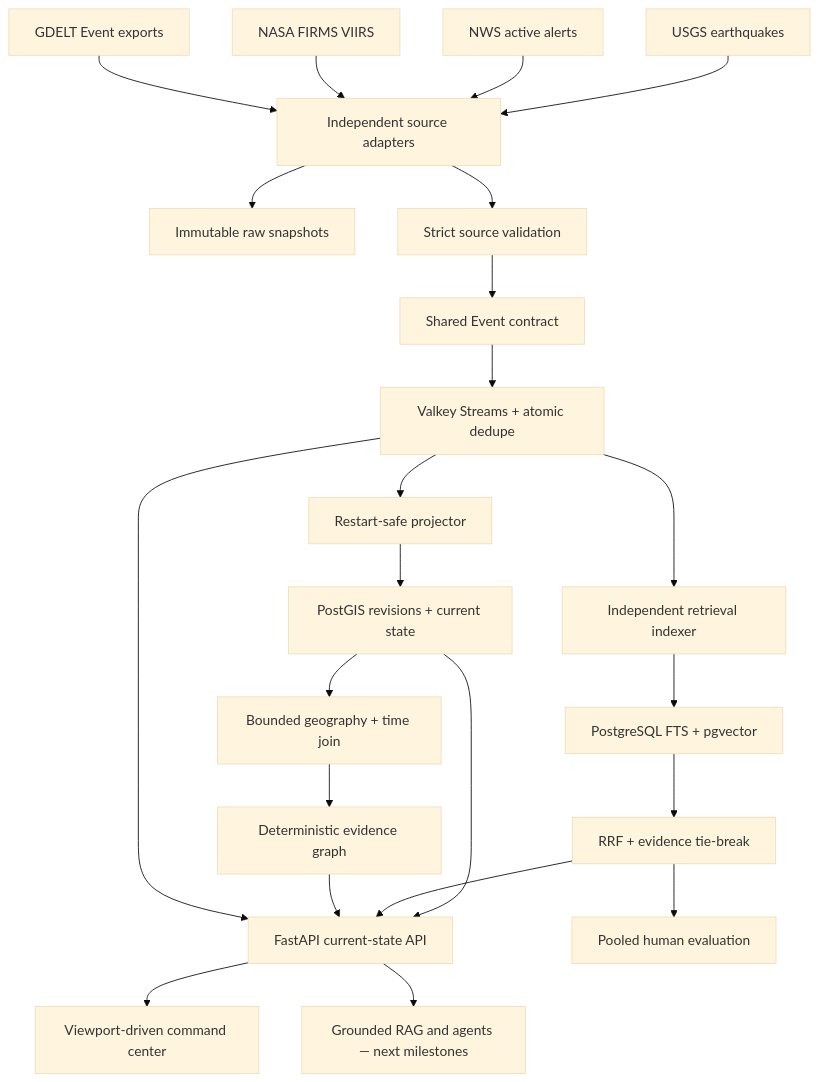
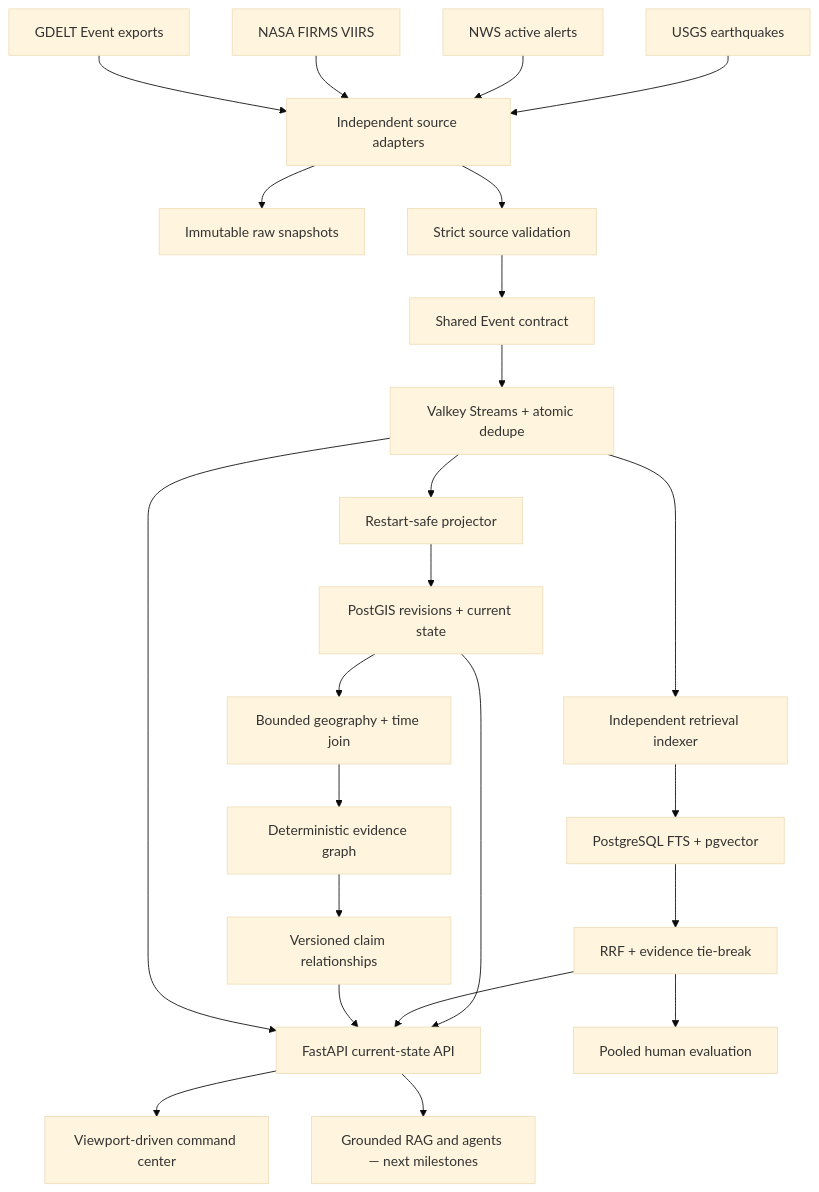
One commit to Thivas12/atlas-pulse changed the diagram in README.md. Above: the diagram before and after it, drawn with Mermaid (base theme). The commit also changed other lines of this file and 18 other files, not shown here.

````diff
--- a/README.md
+++ b/README.md
@@ -48,25 +52,26 @@
 ```mermaid
 flowchart TD
     USGS["USGS earthquakes"] --> Adapters["Independent source adapters"]
     NWS["NWS active alerts"] --> Adapters
     FIRMS["NASA FIRMS VIIRS"] --> Adapters
     GDELT["GDELT Event exports"] --> Adapters
     Adapters --> Raw["Immutable raw snapshots"]
     Adapters --> Validate["Strict source validation"]
     Validate --> Contract["Shared Event contract"]
     Contract --> Stream["Valkey Streams + atomic dedupe"]
     Stream --> Projector["Restart-safe projector"]
     Projector --> PostGIS["PostGIS revisions + current state"]
     Stream --> Indexer["Independent retrieval indexer"]
     Indexer --> Hybrid["PostgreSQL FTS + pgvector"]
     PostGIS --> Correlate["Bounded geography + time join"]
     Correlate --> Graph["Deterministic evidence graph"]
+    Graph --> Claims["Versioned claim relationships"]
     PostGIS --> API["FastAPI current-state API"]
     Hybrid --> Search["RRF + evidence tie-break"]
     Search --> Evaluate["Pooled human evaluation"]
     Search --> API
-    Graph --> API
+    Claims --> API
     Stream --> API
     API --> Web["Viewport-driven command center"]
     API --> Agents["Grounded RAG and agents — next milestones"]
 ```
````
